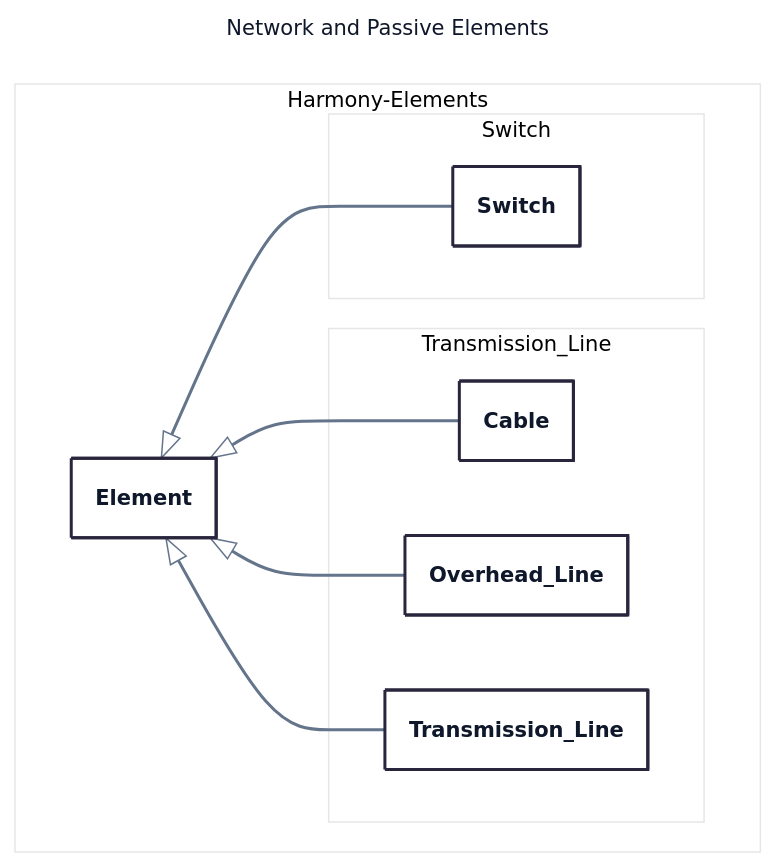
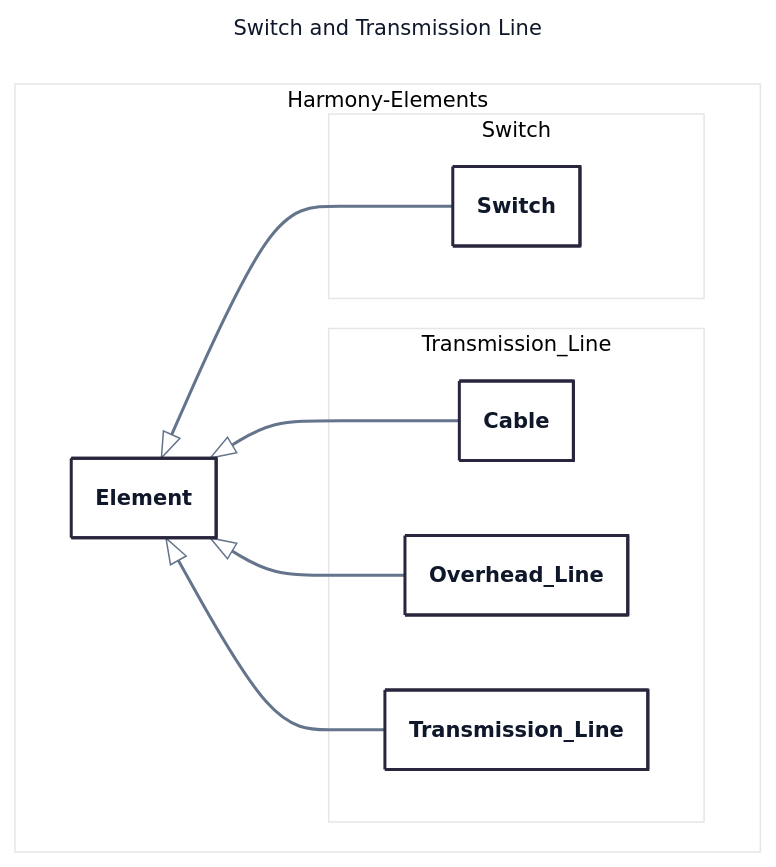
Before and after one commit to yiquintero/tmp: the first of 7 diagrams in class_diagram.md, drawn with Mermaid. The commit also changed other lines of this file, not shown here.

First line of the commit message:
Revise class diagram section and title

````diff
--- a/class_diagram.md
+++ b/class_diagram.md
@@ -12,34 +21,34 @@
 ```mermaid
 ---
-title: Network and Passive Elements
+title: Switch and Transmission Line
 config:
   theme: redux-color
   themeVariables:
     fontFamily: Segoe UI, -apple-system, BlinkMacSystemFont, sans-serif
     lineColor: "#64748B"
     primaryTextColor: "#0F172A"
   flowchart:
     wrappingWidth: 450
   class:
     hideEmptyMembersBox: true
     padding: 16
 ---
 classDiagram
   namespace Harmony-Elements {
     class Element {}
   }
   namespace Harmony-Elements.Switch {
     class Switch {}
   }
   Element <|-- Switch
 
   namespace Harmony-Elements.Transmission_Line {
     class Cable {}
     class Overhead_Line {}
     class Transmission_Line {}
   }
   Element <|-- Cable
   Element <|-- Overhead_Line
   Element <|-- Transmission_Line
 
 ```
````
